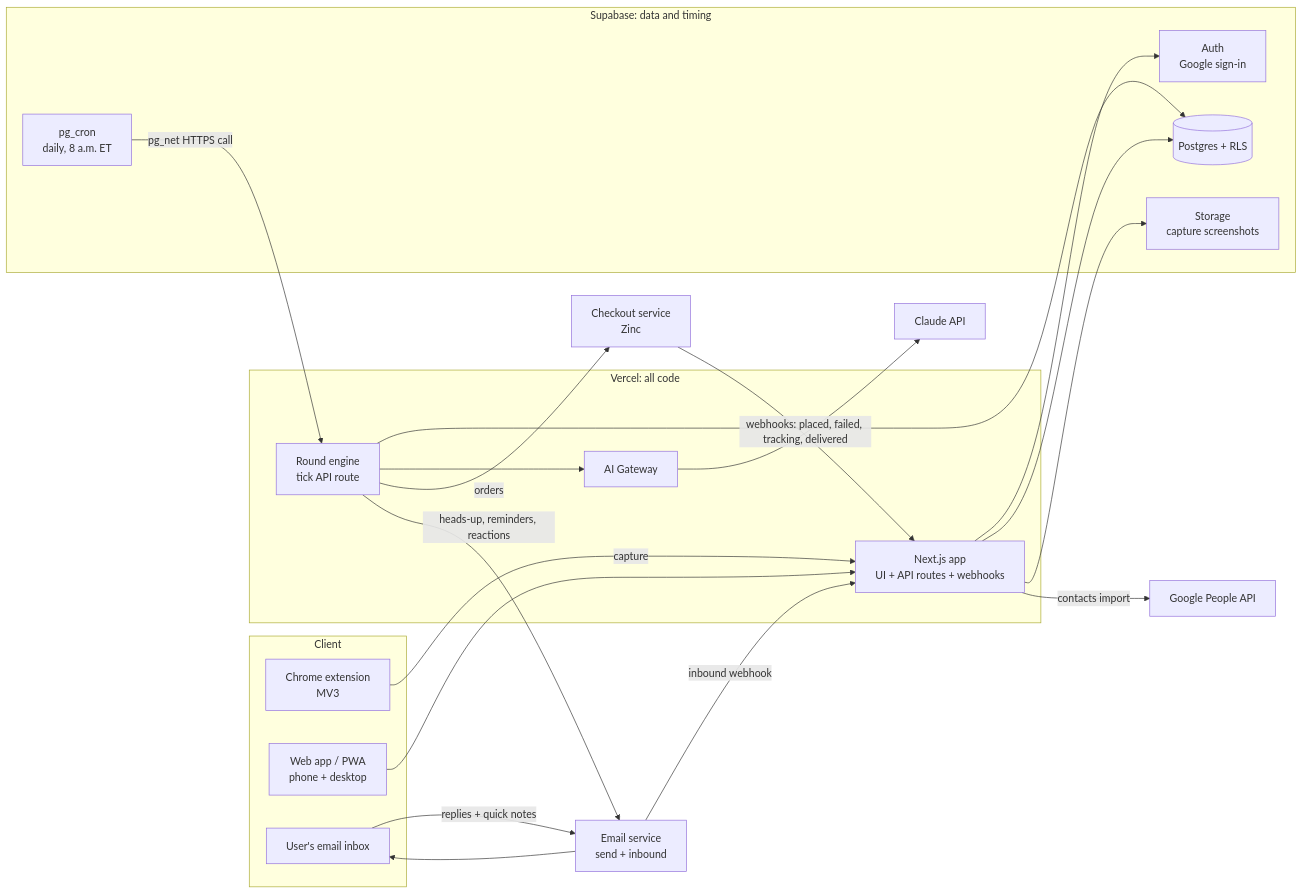
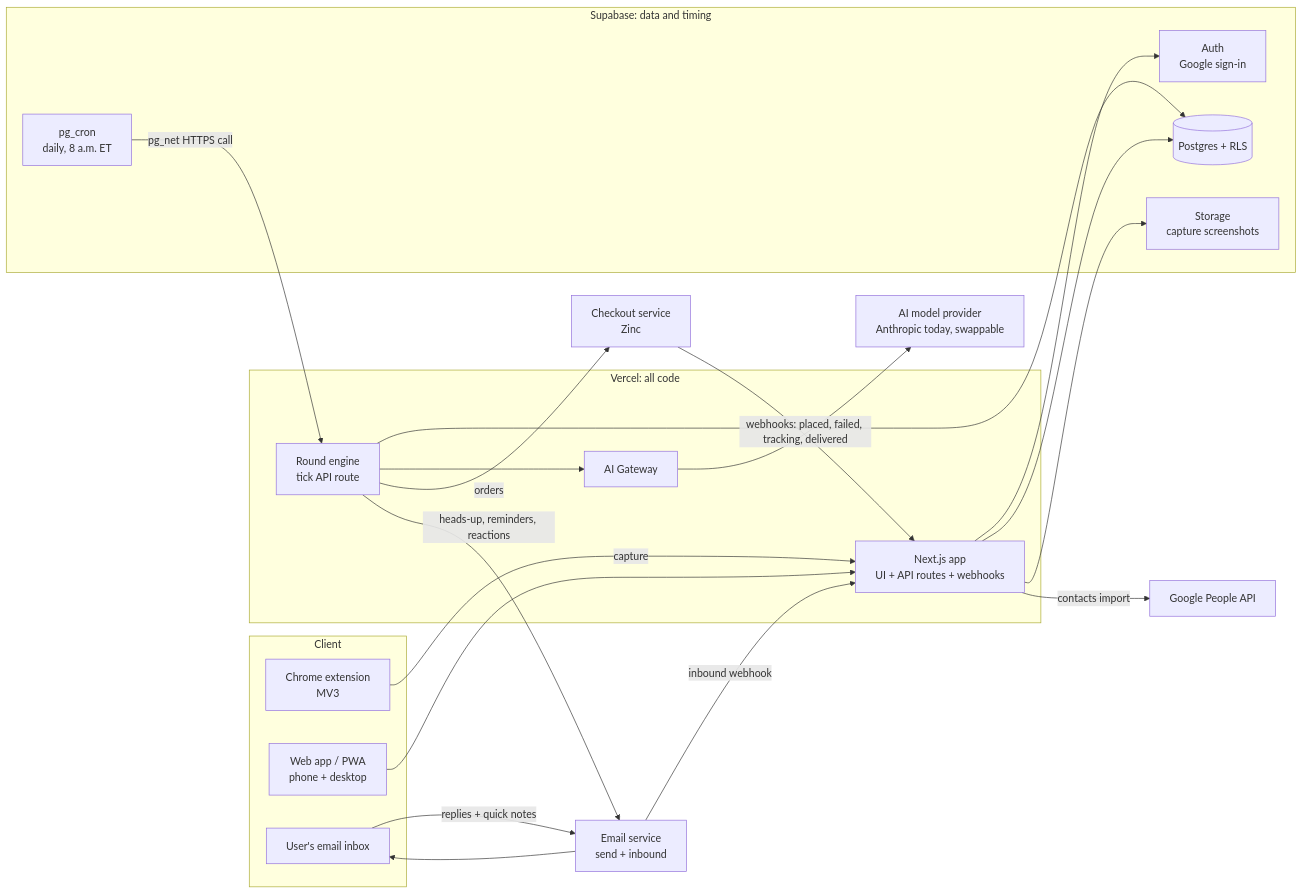
Before and after one commit to gifts-af/gift-me: the first of 2 diagrams in design/technical-design.md, drawn with Mermaid. The commit also changed other lines of this file and 1 other file, not shown here.

````diff
--- a/design/technical-design.md
+++ b/design/technical-design.md
@@ -27,37 +28,37 @@
 ```mermaid
 flowchart LR
   subgraph Client
     EXT[Chrome extension<br/>MV3]
     WEB[Web app / PWA<br/>phone + desktop]
     MAIL[User's email inbox]
   end
   subgraph Vercel["Vercel: all code"]
     APP[Next.js app<br/>UI + API routes + webhooks]
     WF[Round engine<br/>tick API route]
     GW[AI Gateway]
   end
   subgraph Supabase["Supabase: data and timing"]
     AUTH[Auth<br/>Google sign-in]
     DB[(Postgres + RLS)]
     ST[Storage<br/>capture screenshots]
     CRON[pg_cron<br/>daily, 8 a.m. ET]
   end
-  CLAUDE[Claude API]
+  CLAUDE[AI model provider<br/>Anthropic today, swappable]
   ZINC[Checkout service<br/>Zinc]
   EMAIL[Email service<br/>send + inbound]
   GOOG[Google People API]
 
   EXT -->|capture| APP
   WEB --> APP
   APP --> AUTH
   APP --> DB
   APP --> ST
   CRON -->|pg_net HTTPS call| WF
   WF --> DB
   WF --> GW --> CLAUDE
   WF -->|orders| ZINC
   ZINC -->|webhooks: placed, failed, tracking, delivered| APP
   WF -->|heads-up, reminders, reactions| EMAIL --> MAIL
   MAIL -->|replies + quick notes| EMAIL -->|inbound webhook| APP
   APP -->|contacts import| GOOG
 ```
````
